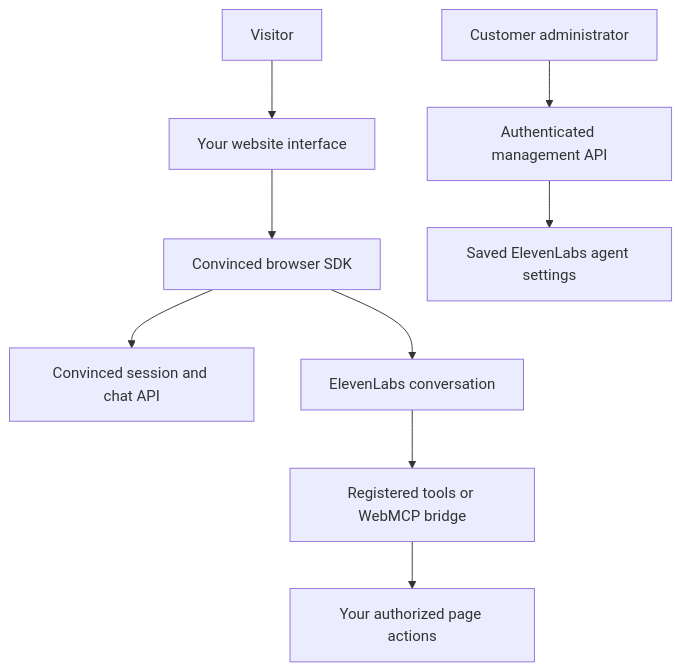
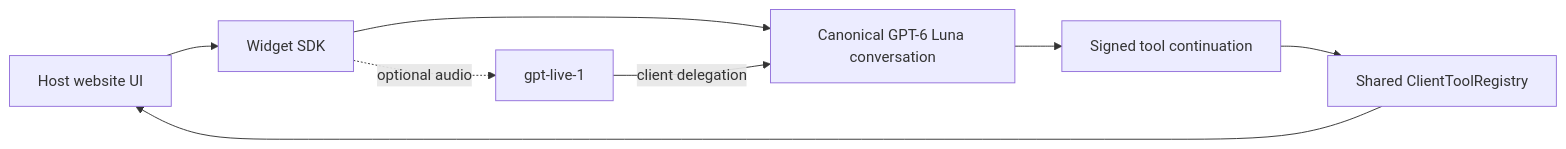
One commit to Get-Convinced/docs changed the diagram in guides/widget-sdk/overview.mdx. Above: the diagram before and after it, drawn with Mermaid. The commit also changed other lines of this file and 36 other files, not shown here.

First line of the commit message:
Update Widget SDK docs for 0.1.4 (#11)

````diff
--- a/guides/widget-sdk/overview.mdx
+++ b/guides/widget-sdk/overview.mdx
@@ -50,11 +24,10 @@
 ```mermaid
-flowchart TB
-  Visitor --> UI[Your website interface]
-  UI --> SDK[Convinced browser SDK]
-  SDK --> Runtime[Convinced session and chat API]
-  SDK --> Voice[ElevenLabs conversation]
-  Voice --> Tools[Registered tools or WebMCP bridge]
-  Tools --> Page[Your authorized page actions]
-  Admin[Customer administrator] --> Management[Authenticated management API]
-  Management --> Agent[Saved ElevenLabs agent settings]
+flowchart LR
+  UI[Host website UI] --> SDK[Widget SDK]
+  SDK --> Chat[Canonical GPT-6 Luna conversation]
+  SDK -. optional audio .-> Live[gpt-live-1]
+  Live -->|client delegation| Chat
+  Chat --> Tools[Signed tool continuation]
+  Tools --> Registry[Shared ClientToolRegistry]
+  Registry --> UI
 ```
````
